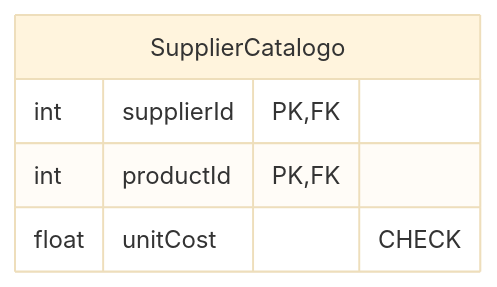
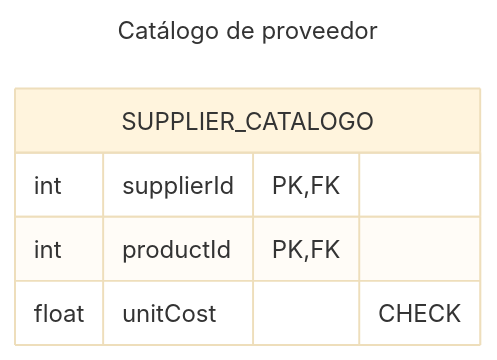
Before and after one commit to rosendocamal/homeworks: diagram 26 of 30 in 4to-Cuatrimestre/fundamentos-base-datos/proyecto/proyecto.md, drawn with Mermaid (base theme). The commit also changed other lines of this file and 1 other file, not shown here.

````diff
--- a/4to-Cuatrimestre/fundamentos-base-datos/proyecto/proyecto.md
+++ b/4to-Cuatrimestre/fundamentos-base-datos/proyecto/proyecto.md
@@ -476,8 +497,11 @@
 ```mermaid
+---
+title: Catálogo de proveedor
+---
 erDiagram
-	SupplierCatalogo {
+	SUPPLIER_CATALOGO {
 		int supplierId PK,FK
 		int productId PK,FK
 		float unitCost "CHECK"
 	}
 ```
````
